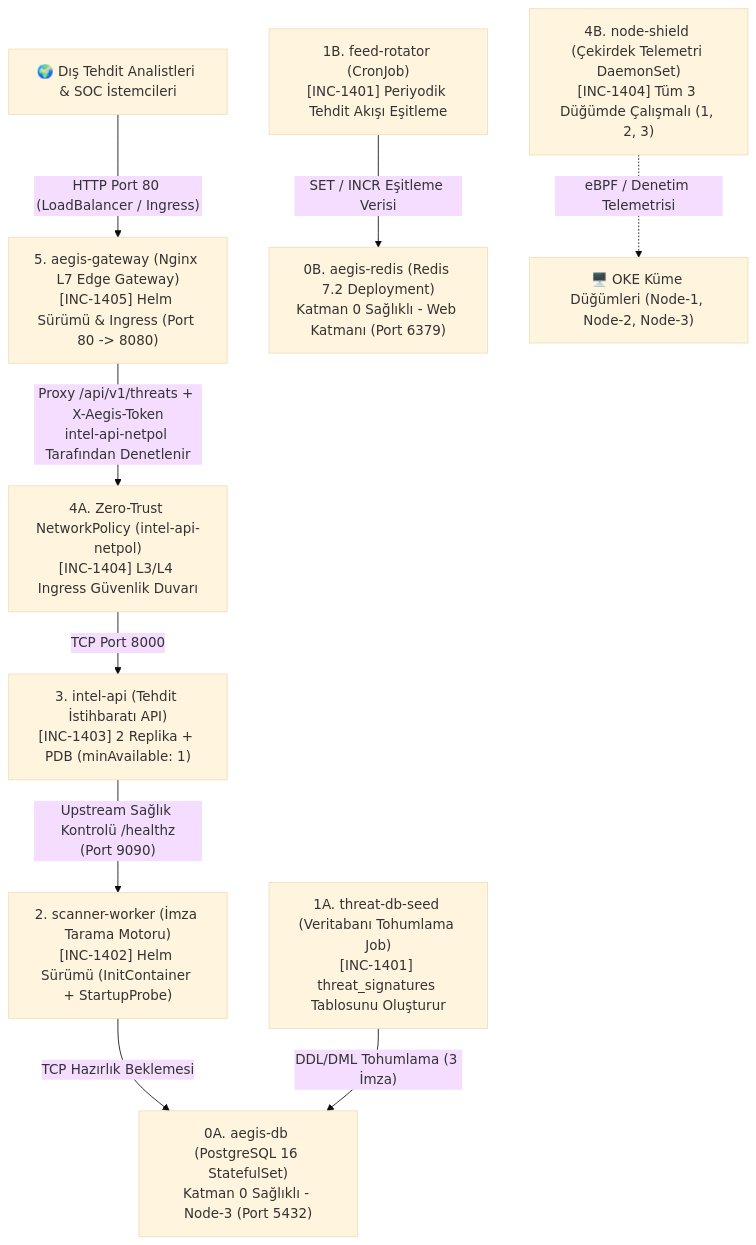
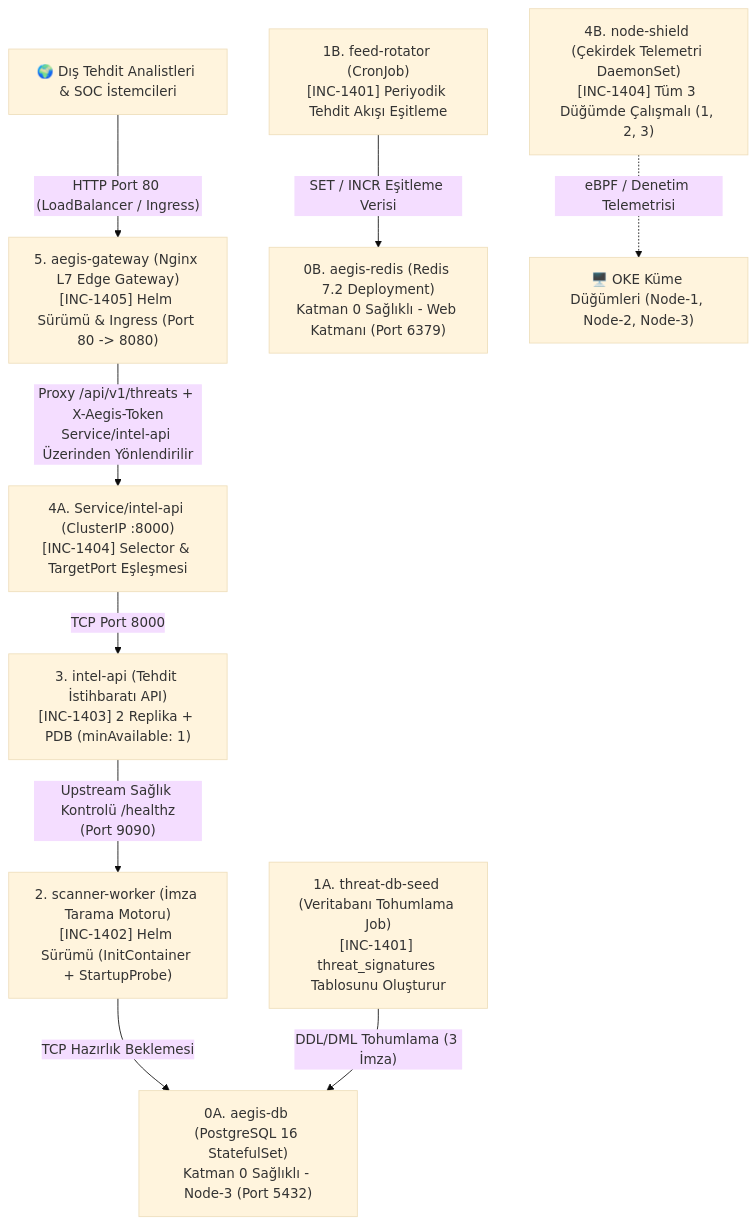
The second of 2 diagrams in k8-troubleshoot-14/README.md (YusufKaya00/k8sfundamentals), drawn with Mermaid (base theme) before and after one commit. The commit also changed other lines of this file, not shown here.

````diff
--- a/k8-troubleshoot-14/README.md
+++ b/k8-troubleshoot-14/README.md
@@ -450,11 +450,11 @@
 ```mermaid
 flowchart TD
     Client["🌍 Dış Tehdit Analistleri & SOC İstemcileri"] -->|"HTTP Port 80 (LoadBalancer / Ingress)"| Gateway["5. aegis-gateway (Nginx L7 Edge Gateway)\n[INC-1405] Helm Sürümü & Ingress (Port 80 -> 8080)"]
-    Gateway -->|"Proxy /api/v1/threats + X-Aegis-Token\nintel-api-netpol Tarafından Denetlenir"| NetPol["4A. Zero-Trust NetworkPolicy (intel-api-netpol)\n[INC-1404] L3/L4 Ingress Güvenlik Duvarı"]
-    NetPol -->|"TCP Port 8000"| IntelAPI["3. intel-api (Tehdit İstihbaratı API)\n[INC-1403] 2 Replika + PDB (minAvailable: 1)"]
+    Gateway -->|"Proxy /api/v1/threats + X-Aegis-Token\nService/intel-api Üzerinden Yönlendirilir"| SvcIntel["4A. Service/intel-api (ClusterIP :8000)\n[INC-1404] Selector & TargetPort Eşleşmesi"]
+    SvcIntel -->|"TCP Port 8000"| IntelAPI["3. intel-api (Tehdit İstihbaratı API)\n[INC-1403] 2 Replika + PDB (minAvailable: 1)"]
     IntelAPI -->|"Upstream Sağlık Kontrolü /healthz\n(Port 9090)"| Scanner["2. scanner-worker (İmza Tarama Motoru)\n[INC-1402] Helm Sürümü (InitContainer + StartupProbe)"]
     Scanner -->|"TCP Hazırlık Beklemesi"| DB["0A. aegis-db (PostgreSQL 16 StatefulSet)\nKatman 0 Sağlıklı - Node-3 (Port 5432)"]
     SeedJob["1A. threat-db-seed (Veritabanı Tohumlama Job)\n[INC-1401] threat_signatures Tablosunu Oluşturur"] -->|"DDL/DML Tohumlama (3 İmza)"| DB
     CronJob["1B. feed-rotator (CronJob)\n[INC-1401] Periyodik Tehdit Akışı Eşitleme"] -->|"SET / INCR Eşitleme Verisi"| Redis["0B. aegis-redis (Redis 7.2 Deployment)\nKatman 0 Sağlıklı - Web Katmanı (Port 6379)"]
     Daemon["4B. node-shield (Çekirdek Telemetri DaemonSet)\n[INC-1404] Tüm 3 Düğümde Çalışmalı (1, 2, 3)"] -.->|"eBPF / Denetim Telemetrisi"| Nodes["🖥️ OKE Küme Düğümleri (Node-1, Node-2, Node-3)"]
 ```
````
